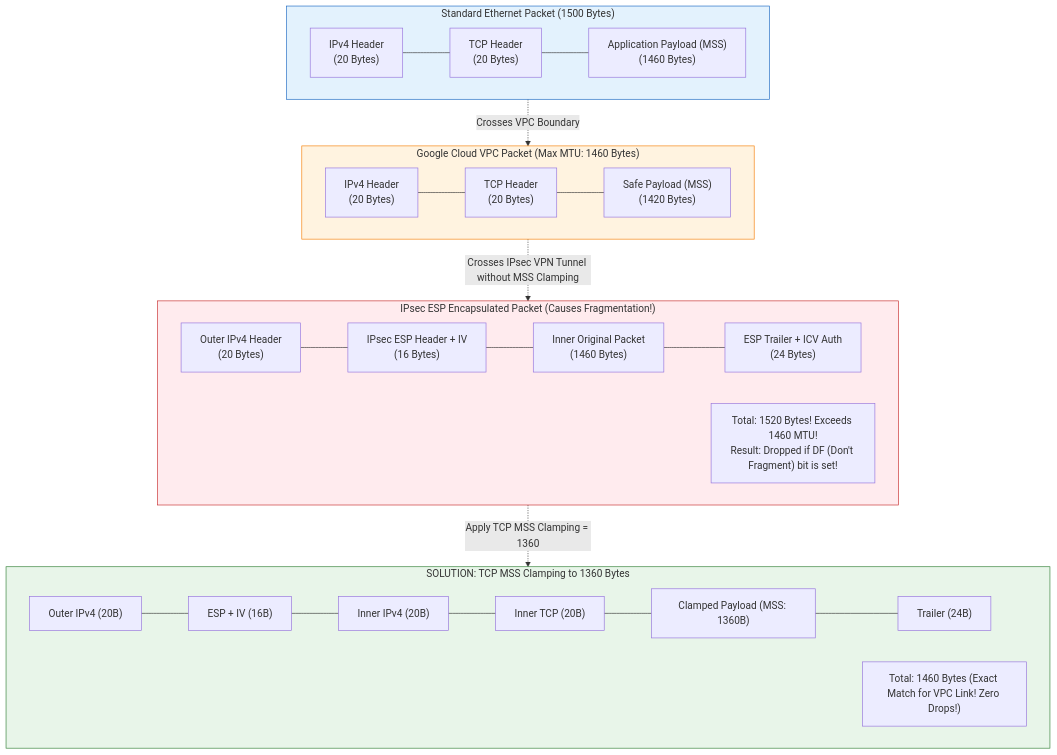
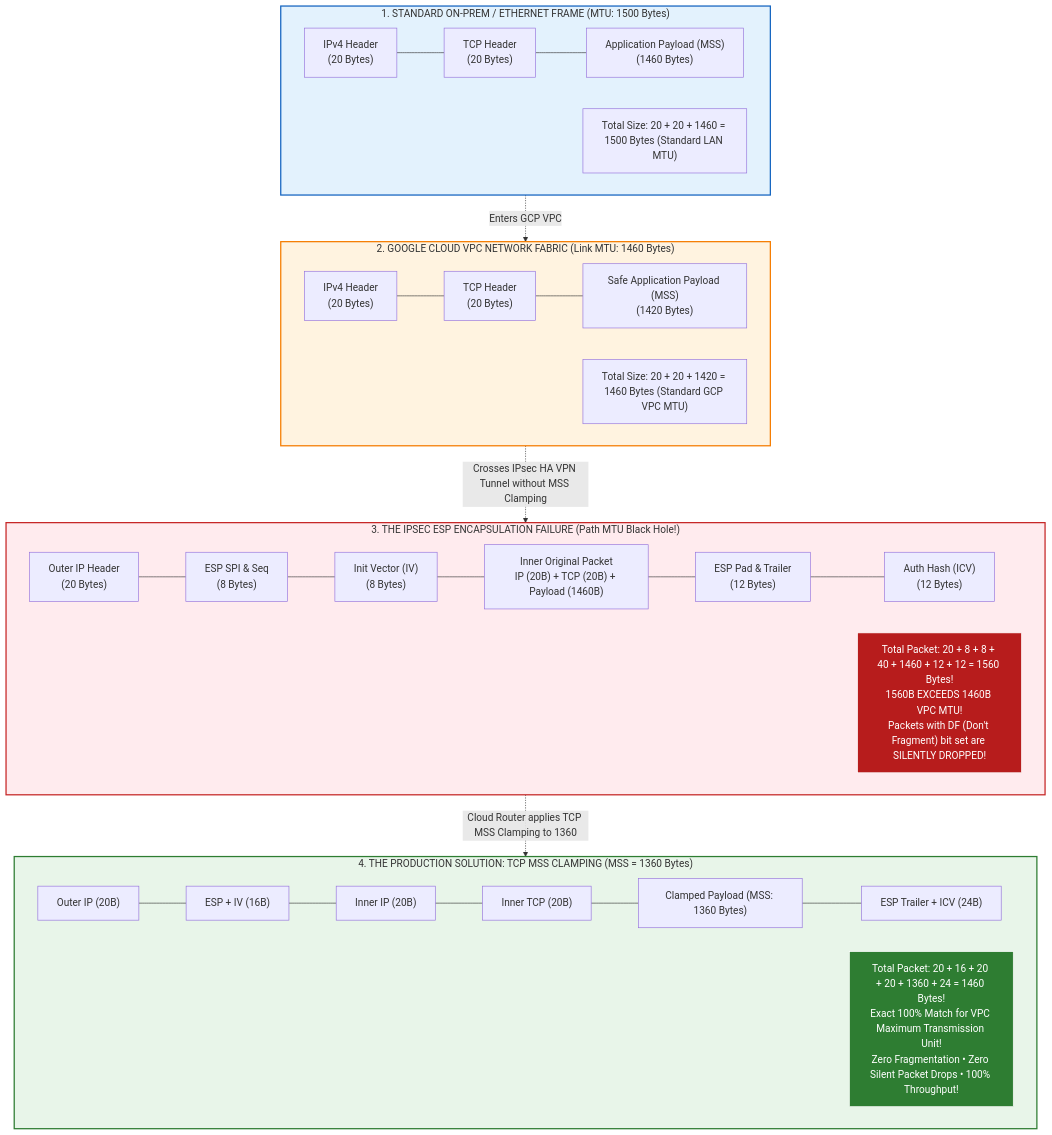
Diagram 14 of 15 in kubernetes/networking-shell-command.md (Chief-Strategist-J/gcd), drawn with Mermaid before and after one commit. The commit also changed other lines of this file, not shown here.

Commit message:
docs(networking): enrich all diagrams with step-by-step internal packet execution mechanics and detailed annotations

````diff
--- a/kubernetes/networking-shell-command.md
+++ b/kubernetes/networking-shell-command.md
@@ -1989,29 +2402,33 @@
 ```mermaid
 graph TD
-    subgraph StandardPacket["Standard Ethernet Packet (1500 Bytes)"]
+    subgraph StandardPacket["1. STANDARD ON-PREM / ETHERNET FRAME (MTU: 1500 Bytes)"]
         IP1["IPv4 Header<br/>(20 Bytes)"] --- TCP1["TCP Header<br/>(20 Bytes)"] --- Data1["Application Payload (MSS)<br/>(1460 Bytes)"]
+        Note1["Total Size: 20 + 20 + 1460 = 1500 Bytes (Standard LAN MTU)"]
     end
 
-    subgraph VPCPacket["Google Cloud VPC Packet (Max MTU: 1460 Bytes)"]
-        IP2["IPv4 Header<br/>(20 Bytes)"] --- TCP2["TCP Header<br/>(20 Bytes)"] --- Data2["Safe Payload (MSS)<br/>(1420 Bytes)"]
+    subgraph VPCPacket["2. GOOGLE CLOUD VPC NETWORK FABRIC (Link MTU: 1460 Bytes)"]
+        IP2["IPv4 Header<br/>(20 Bytes)"] --- TCP2["TCP Header<br/>(20 Bytes)"] --- Data2["Safe Application Payload (MSS)<br/>(1420 Bytes)"]
+        Note2["Total Size: 20 + 20 + 1420 = 1460 Bytes (Standard GCP VPC MTU)"]
     end
 
-    subgraph VPNPacket["IPsec ESP Encapsulated Packet (Causes Fragmentation!)"]
-        OuterIP["Outer IPv4 Header<br/>(20 Bytes)"] --- ESP["IPsec ESP Header + IV<br/>(16 Bytes)"] --- InnerPacket["Inner Original Packet<br/>(1460 Bytes)"] --- ESPOther["ESP Trailer + ICV Auth<br/>(24 Bytes)"]
-        NoteOverhead["Total: 1520 Bytes! Exceeds 1460 MTU!<br/>Result: Dropped if DF (Don't Fragment) bit is set!"]
+    subgraph VPNPacket["3. THE IPSEC ESP ENCAPSULATION FAILURE (Path MTU Black Hole!)"]
+        OuterIP["Outer IP Header<br/>(20 Bytes)"] --- ESP_H["ESP SPI & Seq<br/>(8 Bytes)"] --- ESP_IV["Init Vector (IV)<br/>(8 Bytes)"] --- InnerOrig["Inner Original Packet<br/>IP (20B) + TCP (20B) + Payload (1460B)"] --- ESP_T["ESP Pad & Trailer<br/>(12 Bytes)"] --- ICV["Auth Hash (ICV)<br/>(12 Bytes)"]
+        NoteFail["Total Packet: 20 + 8 + 8 + 40 + 1460 + 12 + 12 = 1560 Bytes!<br/>1560B EXCEEDS 1460B VPC MTU!<br/>Packets with DF (Don't Fragment) bit set are SILENTLY DROPPED!"]
     end
 
-    subgraph MSSClampedPacket["SOLUTION: TCP MSS Clamping to 1360 Bytes"]
-        OuterIP_OK["Outer IPv4 (20B)"] --- ESP_OK["ESP + IV (16B)"] --- InnerIP_OK["Inner IPv4 (20B)"] --- InnerTCP_OK["Inner TCP (20B)"] --- ClampedPayload["Clamped Payload (MSS: 1360B)"] --- ESPOther_OK["Trailer (24B)"]
-        NoteOK["Total: 1460 Bytes (Exact Match for VPC Link! Zero Drops!)"]
+    subgraph MSSClampedPacket["4. THE PRODUCTION SOLUTION: TCP MSS CLAMPING (MSS = 1360 Bytes)"]
+        OuterIP_OK["Outer IP (20B)"] --- ESP_OK["ESP + IV (16B)"] --- InnerIP_OK["Inner IP (20B)"] --- InnerTCP_OK["Inner TCP (20B)"] --- ClampedData["Clamped Payload (MSS: 1360 Bytes)"] --- Trailer_OK["ESP Trailer + ICV (24B)"]
+        NoteSuccess["Total Packet: 20 + 16 + 20 + 20 + 1360 + 24 = 1460 Bytes!<br/>Exact 100% Match for VPC Maximum Transmission Unit!<br/>Zero Fragmentation • Zero Silent Packet Drops • 100% Throughput!"]
     end
 
-    StandardPacket -. "Crosses VPC Boundary" .-> VPCPacket
-    VPCPacket -. "Crosses IPsec VPN Tunnel without MSS Clamping" .-> VPNPacket
-    VPNPacket -. "Apply TCP MSS Clamping = 1360" .-> MSSClampedPacket
+    StandardPacket -. "Enters GCP VPC" .-> VPCPacket
+    VPCPacket -. "Crosses IPsec HA VPN Tunnel without MSS Clamping" .-> VPNPacket
+    VPNPacket -. "Cloud Router applies TCP MSS Clamping to 1360" .-> MSSClampedPacket
 
-    style StandardPacket fill:#e3f2fd,stroke:#1565c0
-    style VPCPacket fill:#fff3e0,stroke:#f57c00
-    style VPNPacket fill:#ffebee,stroke:#c62828
-    style MSSClampedPacket fill:#e8f5e9,stroke:#2e7d32
+    style StandardPacket fill:#e3f2fd,stroke:#1565c0,stroke-width:2px
+    style VPCPacket fill:#fff3e0,stroke:#f57c00,stroke-width:2px
+    style VPNPacket fill:#ffebee,stroke:#c62828,stroke-width:2px
+    style MSSClampedPacket fill:#e8f5e9,stroke:#2e7d32,stroke-width:2px
+    style NoteFail fill:#b71c1c,stroke:#fff,color:#fff
+    style NoteSuccess fill:#2e7d32,stroke:#fff,color:#fff
 ```
````
